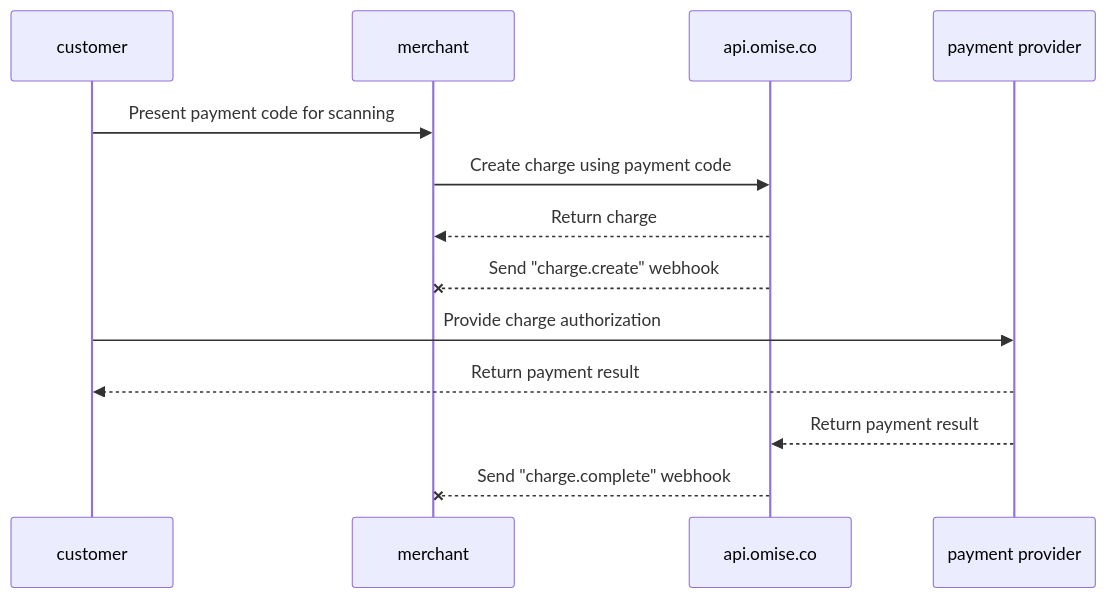
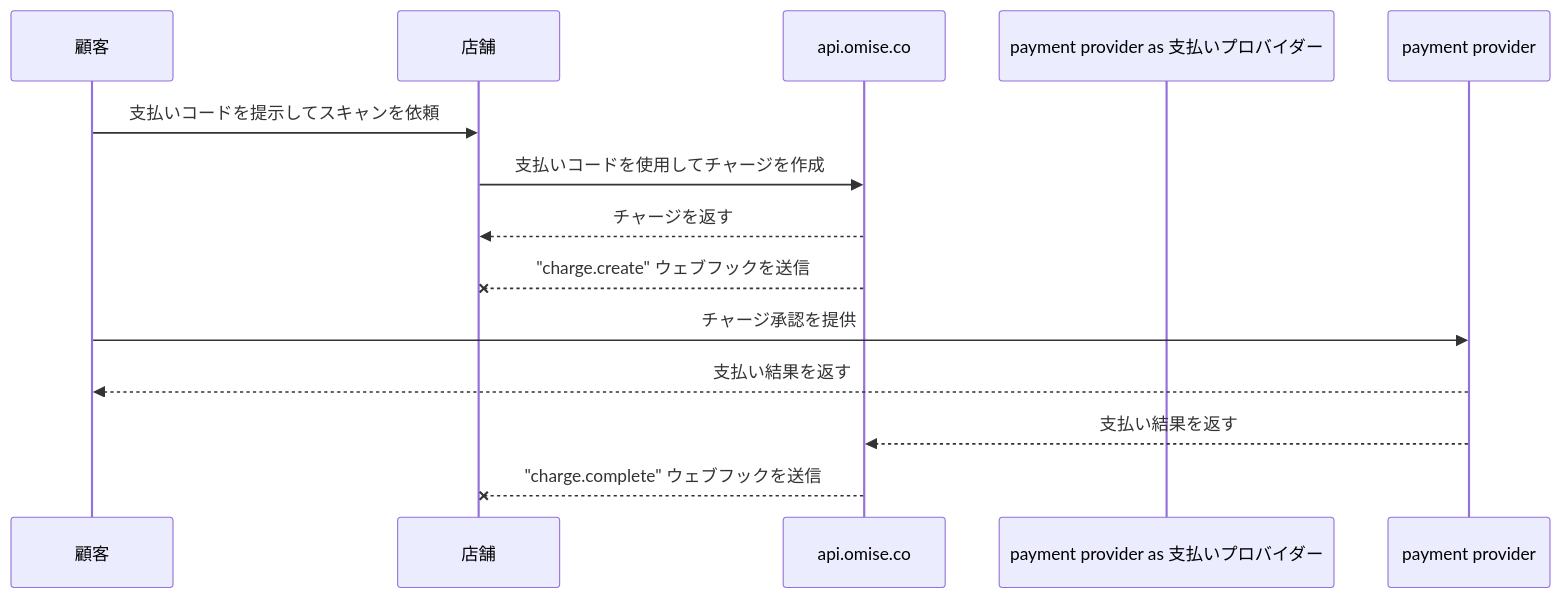
The diagram in i18n/ja/docusaurus-plugin-content-docs/current/payment methods/AliPay + Offline/alipayplus-upm.mdx (Moeenahamd/moeenahamd.github.io), drawn with Mermaid before and after one commit. The commit also changed other lines of this file and 38 other files, not shown here.

````diff
--- a/i18n/ja/docusaurus-plugin-content-docs/current/payment methods/AliPay + Offline/alipayplus-upm.mdx
+++ b/i18n/ja/docusaurus-plugin-content-docs/current/payment methods/AliPay + Offline/alipayplus-upm.mdx
@@ -210,16 +210,17 @@
 ```mermaid
 sequenceDiagram
-    participant customer
-    participant merchant
-    participant api.omise.co
-    participant payment provider
+    participant customer as 顧客
+    participant merchant as 店舗
+    participant api.omise.co as api.omise.co
+    participant payment provider as 支払いプロバイダー
 
-    customer->>merchant: Present payment code for scanning
-    merchant->>api.omise.co: Create charge using payment code
-    api.omise.co-->>merchant: Return charge   
-    api.omise.co--x merchant: Send "charge.create" webhook
-    customer->>payment provider: Provide charge authorization
-    payment provider-->>customer: Return payment result
-    payment provider-->>api.omise.co: Return payment result
-    api.omise.co--x merchant: Send "charge.complete" webhook
+    customer->>merchant: 支払いコードを提示してスキャンを依頼
+    merchant->>api.omise.co: 支払いコードを使用してチャージを作成
+    api.omise.co-->>merchant: チャージを返す
+    api.omise.co--x merchant: "charge.create" ウェブフックを送信
+    customer->>payment provider: チャージ承認を提供
+    payment provider-->>customer: 支払い結果を返す
+    payment provider-->>api.omise.co: 支払い結果を返す
+    api.omise.co--x merchant: "charge.complete" ウェブフックを送信
+
 ```
````
